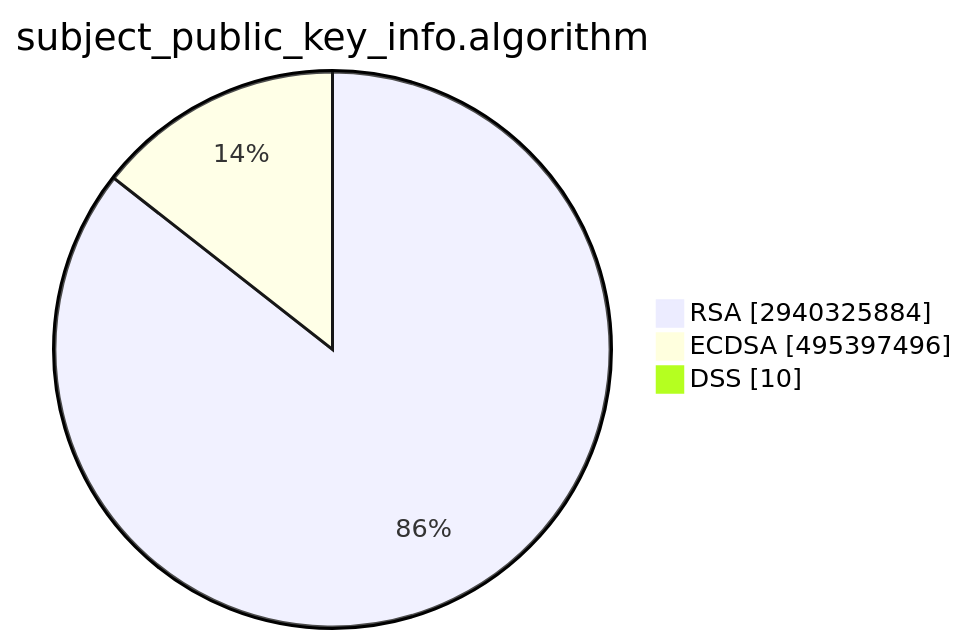
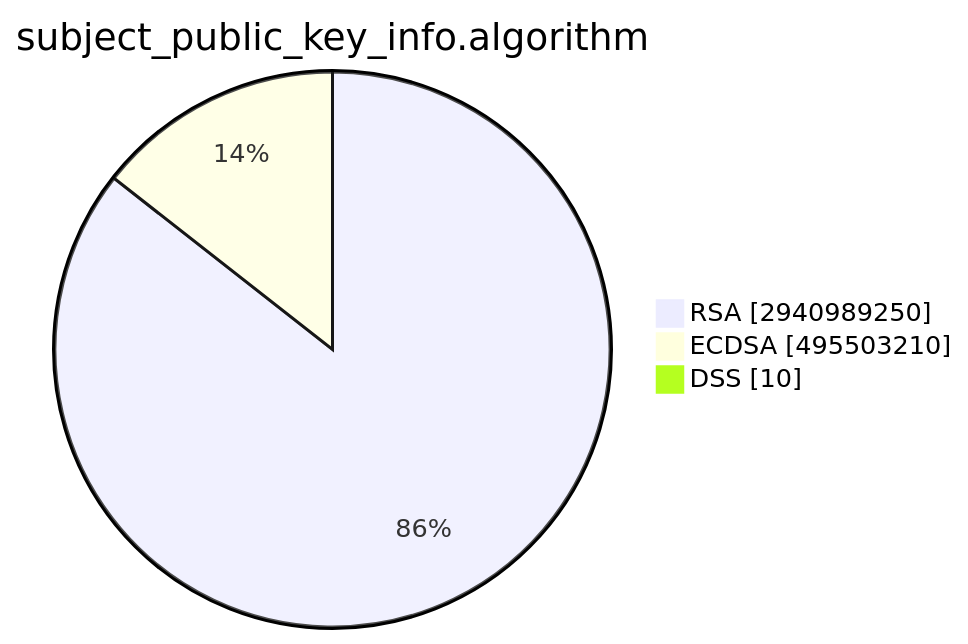
One commit to christiankrug/ctmonitor_visualization changed the second of 15 diagrams in TOTAL/README.md. Above: the diagram before and after it, drawn with Mermaid. The commit also changed other lines of this file, not shown here.

````diff
--- a/TOTAL/README.md
+++ b/TOTAL/README.md
@@ -6,7 +6,7 @@
 ```mermaid
 pie showData
 title subject_public_key_info.algorithm
-"RSA" :2940325884
-"ECDSA" :495397496
+"RSA" :2940989250
+"ECDSA" :495503210
 "DSS" :10
 ```
````
